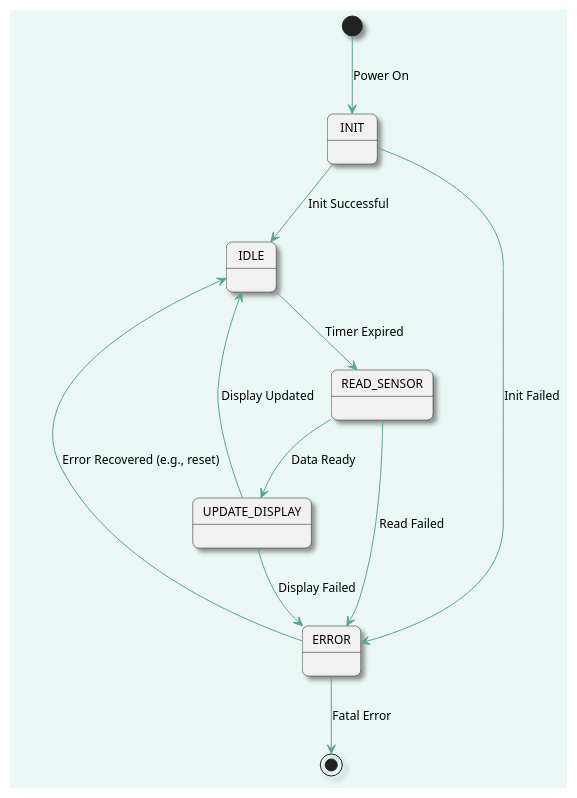
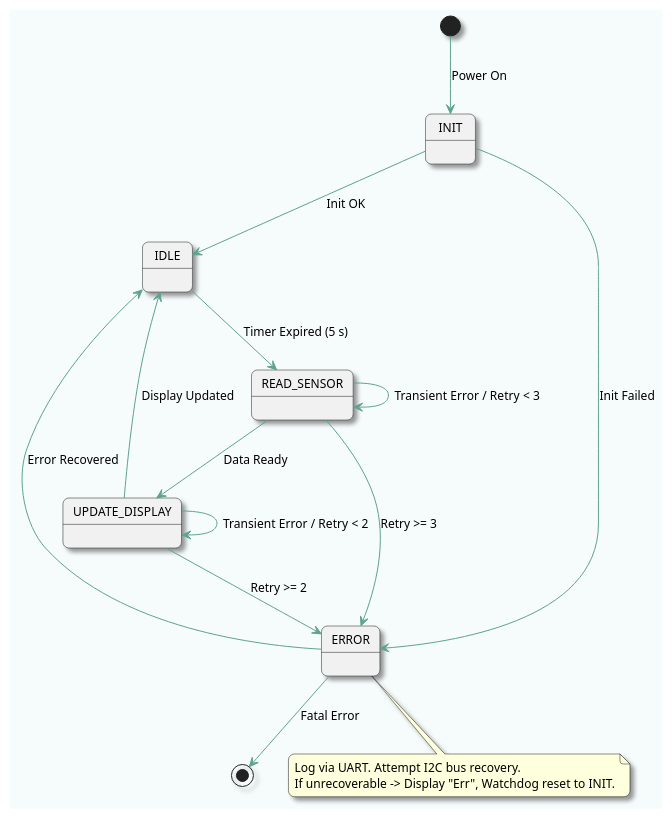
The diagram in Doc/Diagrams/fw_logic_fsm_v.1.0.puml (cloclacordis/STM32F446RE-BME280-SSD1306), drawn with PlantUML before and after one commit. The commit also changed 3 other files, not shown here.

Commit message:
PlantUML Diagrams Update

```diff
--- a/Doc/Diagrams/fw_logic_fsm_v.1.0.puml
+++ b/Doc/Diagrams/fw_logic_fsm_v.1.0.puml
@@ -1,34 +1,33 @@
 @startuml
 
-skinparam BackgroundColor #F6FBFB
-skinparam Shadowing true
-skinparam RoundCorner 12
-skinparam DefaultFontName "Arial"
-skinparam DefaultFontSize 12
+skinparam backgroundColor #F6FBFB
+skinparam shadowing true
+skinparam roundcorner 12
+skinparam defaultFontName "Arial"
+skinparam defaultFontSize 12
+skinparam ArrowColor #5FA38F
+skinparam componentStyle rectangle
 
-skinparam {
-  BackgroundColor #EAF7F5
-  BorderColor #A7D3C9
-  FontColor #104033
-  RoundCorner 12
-}
+[*] --> INIT : Power On
+INIT --> IDLE : Init OK
+INIT --> ERROR : Init Failed
 
-skinparam ArrowColor #5FA38F
-skinparam NoteBackgroundColor #FFFFFF
-skinparam NoteBorderColor #CADFD9
+IDLE --> READ_SENSOR : Timer Expired (5 s)
 
-[*] --> INIT: Power On
-INIT --> IDLE: Init Successful
-INIT --> ERROR: Init Failed
+READ_SENSOR --> READ_SENSOR : Transient Error / Retry < 3
+READ_SENSOR --> UPDATE_DISPLAY : Data Ready
+READ_SENSOR --> ERROR : Retry >= 3
 
-IDLE --> READ_SENSOR: Timer Expired
-READ_SENSOR --> UPDATE_DISPLAY: Data Ready
-READ_SENSOR --> ERROR: Read Failed
+UPDATE_DISPLAY --> UPDATE_DISPLAY : Transient Error / Retry < 2
+UPDATE_DISPLAY --> IDLE : Display Updated
+UPDATE_DISPLAY --> ERROR : Retry >= 2
 
-UPDATE_DISPLAY --> IDLE: Display Updated
-UPDATE_DISPLAY --> ERROR: Display Failed
+ERROR --> IDLE : Error Recovered
+ERROR --> [*] : Fatal Error
 
-ERROR --> [*]: Fatal Error
-ERROR --> IDLE: Error Recovered (e.g., reset)
+note bottom of ERROR
+  Log via UART. Attempt I2C bus recovery.
+  If unrecoverable -> Display "Err", Watchdog reset to INIT.
+end note
 
 @enduml
```
